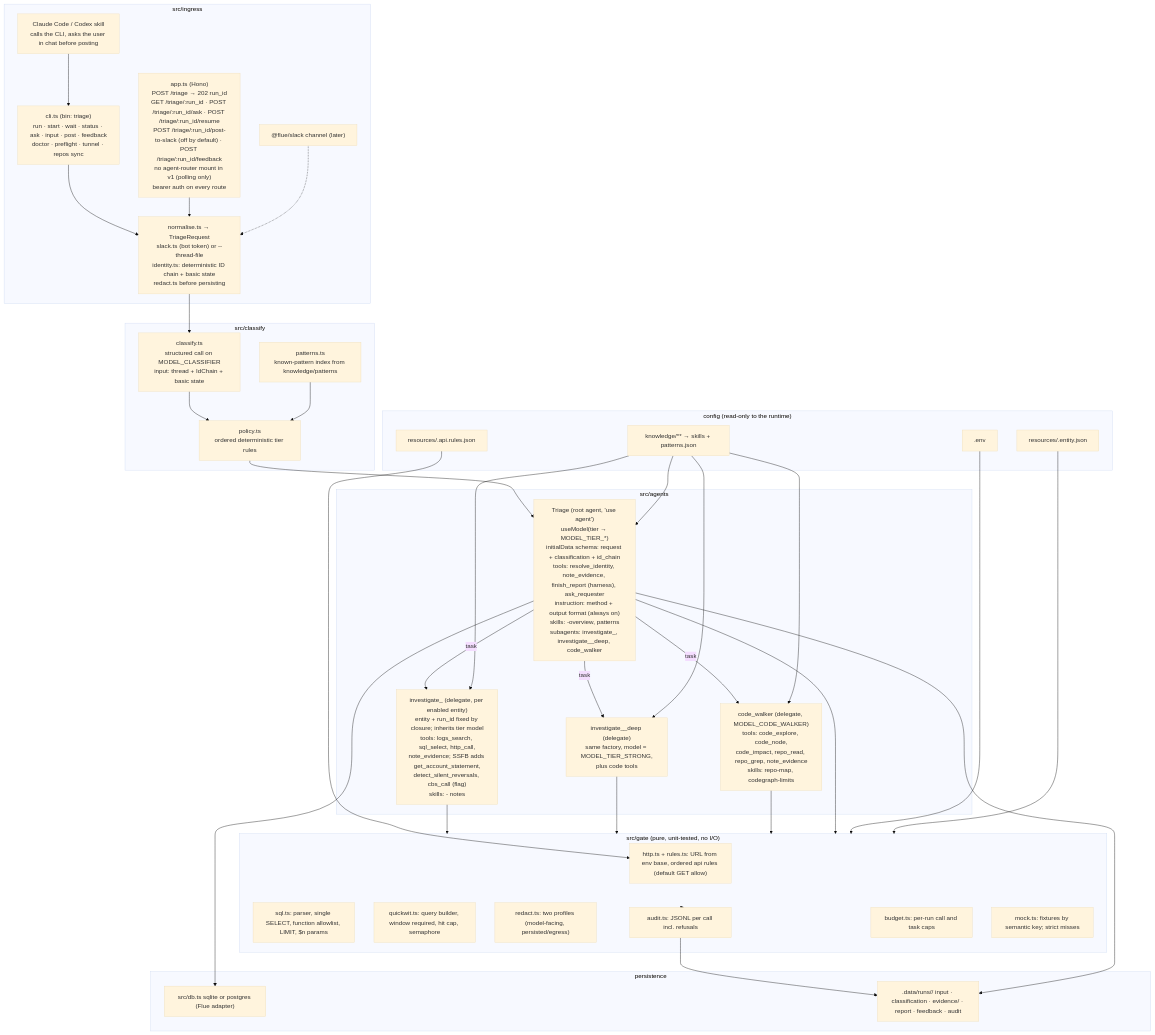
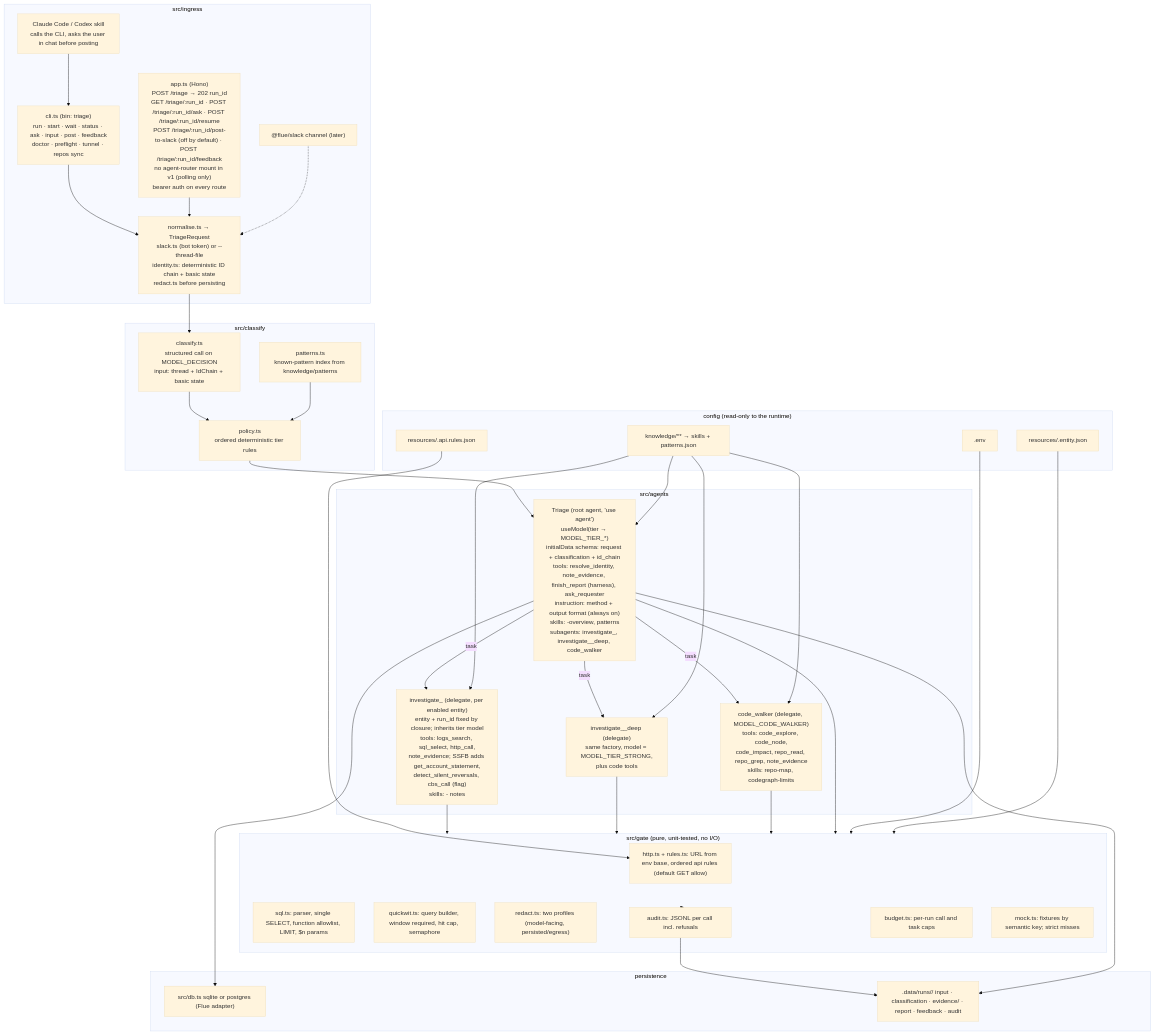
Before and after one commit to varun-aspora/triage-app: the diagram in docs/02-hld-detailed.md, drawn with Mermaid (base theme). The commit also changed other lines of this file and 101 other files, not shown here.

````diff
--- a/docs/02-hld-detailed.md
+++ b/docs/02-hld-detailed.md
@@ -5,64 +5,64 @@
 ```mermaid
 flowchart TB
     subgraph Ingress["src/ingress"]
         CLI["cli.ts (bin: triage)<br/>run · start · wait · status · ask · input · post · feedback<br/>doctor · preflight · tunnel · repos sync"]
         API["app.ts (Hono)<br/>POST /triage → 202 run_id<br/>GET /triage/:run_id · POST /triage/:run_id/ask · POST /triage/:run_id/resume<br/>POST /triage/:run_id/post-to-slack (off by default) · POST /triage/:run_id/feedback<br/>no agent-router mount in v1 (polling only)<br/>bearer auth on every route"]
         SKILL["Claude Code / Codex skill<br/>calls the CLI, asks the user in chat before posting"]
         SLACKCH["@flue/slack channel (later)"]
         NORM["normalise.ts → TriageRequest<br/>slack.ts (bot token) or --thread-file<br/>identity.ts: deterministic ID chain + basic state<br/>redact.ts before persisting"]
     end
 
     subgraph Classify["src/classify"]
-        CLS["classify.ts<br/>structured call on MODEL_CLASSIFIER<br/>input: thread + IdChain + basic state"]
+        CLS["classify.ts<br/>structured call on MODEL_DECISION<br/>input: thread + IdChain + basic state"]
         POL["policy.ts<br/>ordered deterministic tier rules"]
         KBM["patterns.ts<br/>known-pattern index from knowledge/patterns"]
     end
 
     subgraph Agents["src/agents"]
         TRI["Triage (root agent, 'use agent')<br/>useModel(tier → MODEL_TIER_*)<br/>initialData schema: request + classification + id_chain<br/>tools: resolve_identity, note_evidence, finish_report (harness), ask_requester<br/>instruction: method + output format (always on)<br/>skills: <entity>-overview, patterns<br/>subagents: investigate_<entity>, investigate_<entity>_deep, code_walker"]
         INV["investigate_<entity> (delegate, per enabled entity)<br/>entity + run_id fixed by closure; inherits tier model<br/>tools: logs_search, sql_select, http_call,<br/>note_evidence; SSFB adds get_account_statement,<br/>detect_silent_reversals, cbs_call (flag)<br/>skills: <entity>-<service> notes"]
         DEEP["investigate_<entity>_deep (delegate)<br/>same factory, model = MODEL_TIER_STRONG,<br/>plus code tools"]
         CW["code_walker (delegate, MODEL_CODE_WALKER)<br/>tools: code_explore, code_node,<br/>code_impact, repo_read, repo_grep, note_evidence<br/>skills: repo-map, codegraph-limits"]
     end
 
     subgraph Gate["src/gate (pure, unit-tested, no I/O)"]
         G1["http.ts + rules.ts: URL from env base, ordered api rules (default GET allow)"]
         G2["sql.ts: parser, single SELECT, function allowlist, LIMIT, $n params"]
         G3["quickwit.ts: query builder, window required, hit cap, semaphore"]
         G4["redact.ts: two profiles (model-facing, persisted/egress)"]
         G5["audit.ts: JSONL per call incl. refusals"]
         G6["budget.ts: per-run call and task caps"]
         G7["mock.ts: fixtures by semantic key; strict misses"]
     end
 
     subgraph Config["config (read-only to the runtime)"]
         ENV[".env"]
         REG["resources/<entity>.entity.json"]
         ALLOW["resources/<entity>.api.rules.json"]
         KNOW["knowledge/** → skills + patterns.json"]
     end
 
     subgraph Persist["persistence"]
         DB["src/db.ts sqlite or postgres (Flue adapter)"]
         RUN[".data/runs/<run_id>/ input · classification · evidence/ · report · feedback · audit"]
     end
 
     CLI --> NORM
     API --> NORM
     SKILL --> CLI
     SLACKCH -.-> NORM
     NORM --> CLS --> POL --> TRI
     KBM --> POL
     TRI -- task --> INV
     TRI -- task --> DEEP
     TRI -- task --> CW
     INV & DEEP & CW --> Gate
     TRI --> Gate
     ENV --> Gate
     REG --> Gate
     ALLOW --> G1
     KNOW --> TRI & INV & DEEP & CW
     Gate --> G5 --> RUN
     TRI --> RUN
     TRI --> DB
 ```
````
